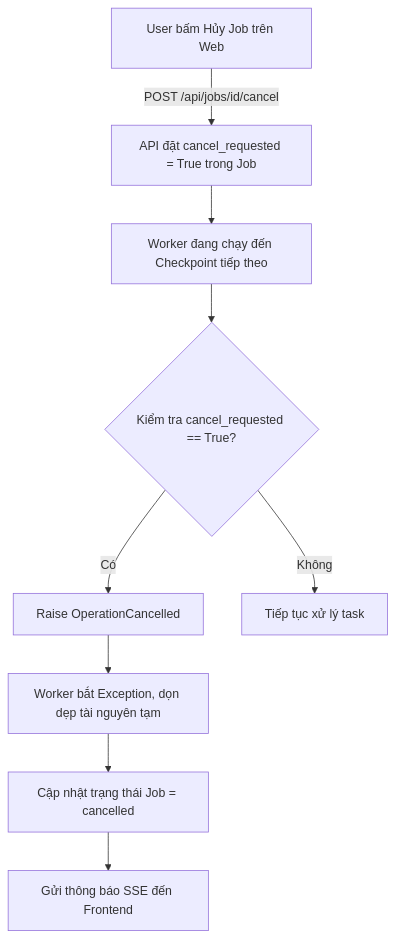
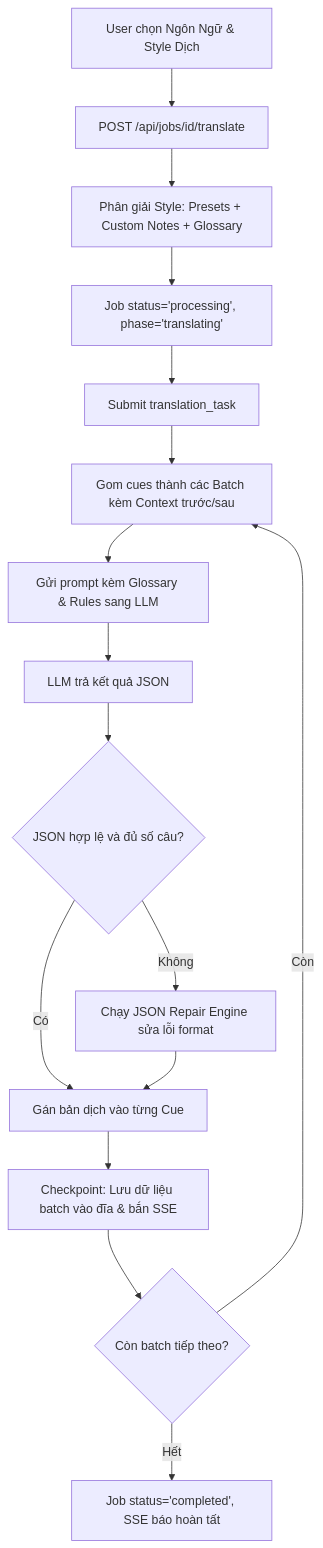
The third of 4 diagrams in BACKEND_ARCHITECTURE.md (Tunakite03/AutoCCStudio), drawn with Mermaid before and after one commit. The commit also changed other lines of this file and 2 other files, not shown here.

Commit message:
docs: update documentation to reflect new translation styles, custom glossaries, and enhanced automated TTS dubbing features

````diff
--- a/BACKEND_ARCHITECTURE.md
+++ b/BACKEND_ARCHITECTURE.md
@@ -279,11 +380,18 @@
 ```mermaid
 flowchart TD
-    A[User bấm Hủy Job trên Web] -->|POST /api/jobs/id/cancel| B[API đặt cancel_requested = True trong Job]
-    B --> C[Worker đang chạy đến Checkpoint tiếp theo]
-    C --> D{Kiểm tra cancel_requested == True?}
-    D -- Có --> E[Raise OperationCancelled]
-    D -- Không --> F[Tiếp tục xử lý task]
-    E --> G[Worker bắt Exception, dọn dẹp tài nguyên tạm]
-    G --> H[Cập nhật trạng thái Job = cancelled]
-    H --> I[Gửi thông báo SSE đến Frontend]
+    A[User chọn Ngôn Ngữ & Style Dịch] --> B[POST /api/jobs/id/translate]
+    B --> C[Phân giải Style: Presets + Custom Notes + Glossary]
+    C --> D[Job status='processing', phase='translating']
+    D --> E[Submit translation_task]
+    E --> F[Gom cues thành các Batch kèm Context trước/sau]
+    F --> G[Gửi prompt kèm Glossary & Rules sang LLM]
+    G --> H[LLM trả kết quả JSON]
+    H --> I{JSON hợp lệ và đủ số câu?}
+    I -- Không --> J[Chạy JSON Repair Engine sửa lỗi format]
+    I -- Có --> K[Gán bản dịch vào từng Cue]
+    J --> K
+    K --> L[Checkpoint: Lưu dữ liệu batch vào đĩa & bắn SSE]
+    L --> M{Còn batch tiếp theo?}
+    M -- Còn --> F
+    M -- Hết --> N[Job status='completed', SSE báo hoàn tất]
 ```
````
